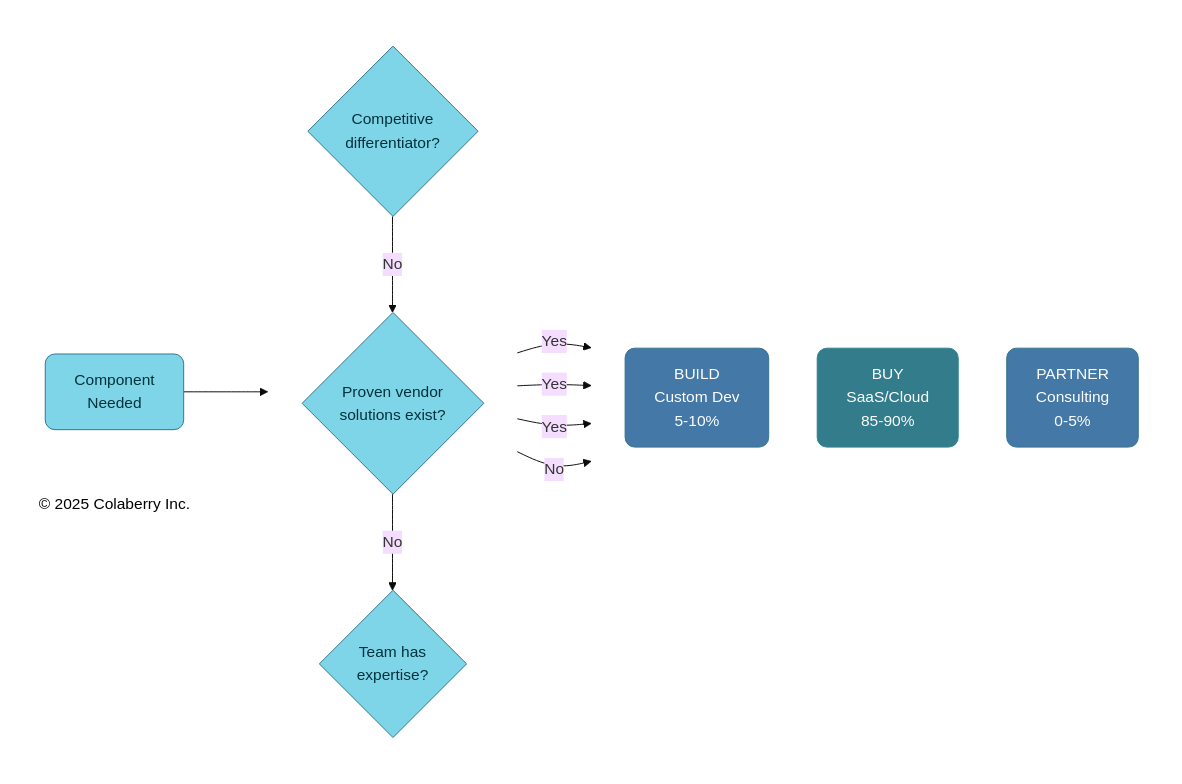
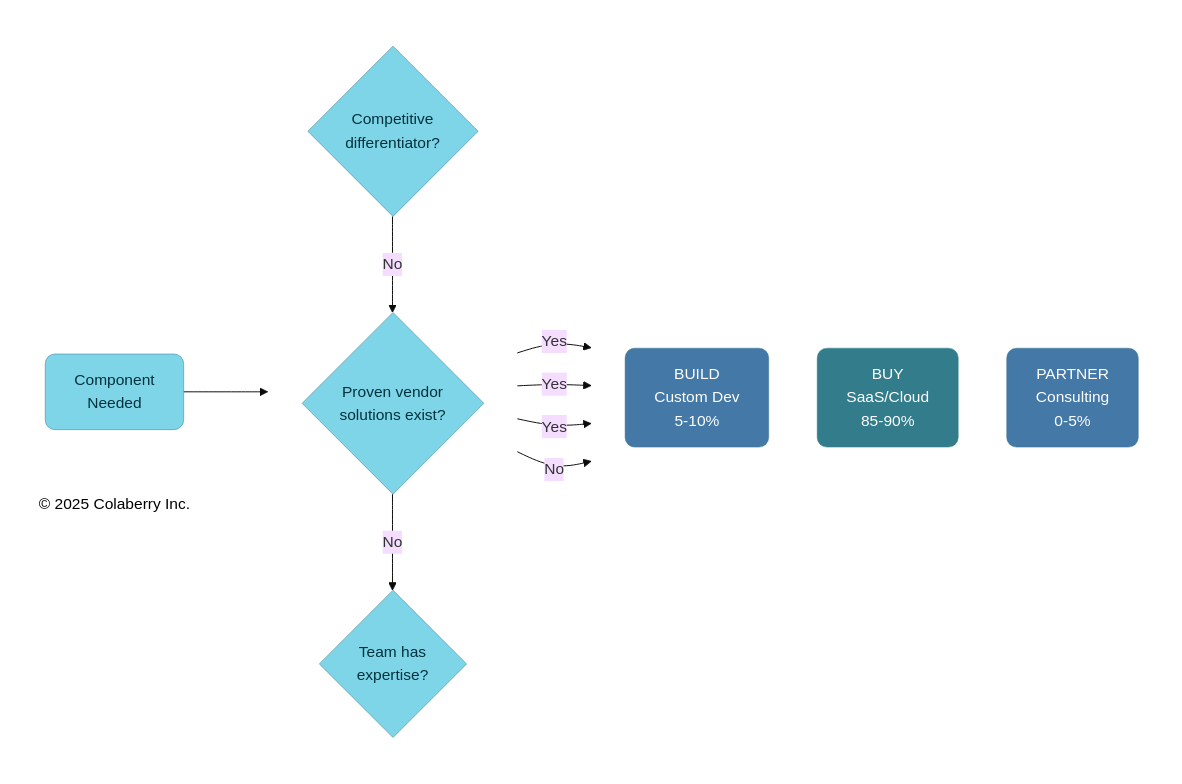
The third of 5 diagrams in manuscript/12_chapter_11_technology_selection_guide_v1_2.md (saitejesh-cyber/trust-before-intelligence-book), drawn with Mermaid (base theme) before and after one commit. The commit also changed other lines of this file and 12 other files, not shown here.

Commit message:
Update stroke width to 0.5px instead of 1px to all the diagrams

````diff
--- a/manuscript/12_chapter_11_technology_selection_guide_v1_2.md
+++ b/manuscript/12_chapter_11_technology_selection_guide_v1_2.md
@@ -231,41 +231,41 @@
 ```mermaid
 
 graph LR
     START["Component<br/>Needed"]
     
     subgraph DECISIONS[" "]
         direction TB
         Q1{"Competitive<br/>differentiator?"}
         Q2{"Proven vendor<br/>solutions exist?"}
         Q3{"Team has<br/>expertise?"}
     end
     
     subgraph OUTCOMES[" "]
         direction TB
         BUILD["BUILD<br/>Custom Dev<br/>5-10%"]
         BUY["BUY<br/>SaaS/Cloud<br/>85-90%"]
         PARTNER["PARTNER<br/>Consulting<br/>0-5%"]
     end
     
     Copyright["© 2025 Colaberry Inc."]
     
     START --> Q1
     Q1 -->|"Yes"| BUILD
     Q1 -->|"No"| Q2
     Q2 -->|"Yes"| BUY
     Q2 -->|"No"| Q3
     Q3 -->|"Yes"| BUILD
     Q3 -->|"No"| PARTNER
     
     style DECISIONS fill:none,stroke:none
     style OUTCOMES fill:none,stroke:none
-    style START fill:#7FD5E8,stroke:#32738C,stroke-width:1px,color:#00323D,rx:10,ry:10
-    style Q1 fill:#7FD5E8,stroke:#32738C,stroke-width:1px,color:#00323D,rx:10,ry:10
-    style Q2 fill:#7FD5E8,stroke:#32738C,stroke-width:1px,color:#00323D,rx:10,ry:10
-    style Q3 fill:#7FD5E8,stroke:#32738C,stroke-width:1px,color:#00323D,rx:10,ry:10
-    style BUILD fill:#4478A6,stroke:#32738C,stroke-width:1px,color:#ffffff,rx:10,ry:10
-    style BUY fill:#327C8C,stroke:#30838C,stroke-width:1px,color:#ffffff,rx:10,ry:10
-    style PARTNER fill:#4478A6,stroke:#32738C,stroke-width:1px,color:#ffffff,rx:10,ry:10
+    style START fill:#7FD5E8,stroke:#32738C,stroke-width:0.5px,color:#00323D,rx:10,ry:10
+    style Q1 fill:#7FD5E8,stroke:#32738C,stroke-width:0.5px,color:#00323D,rx:10,ry:10
+    style Q2 fill:#7FD5E8,stroke:#32738C,stroke-width:0.5px,color:#00323D,rx:10,ry:10
+    style Q3 fill:#7FD5E8,stroke:#32738C,stroke-width:0.5px,color:#00323D,rx:10,ry:10
+    style BUILD fill:#4478A6,stroke:#32738C,stroke-width:0.5px,color:#ffffff,rx:10,ry:10
+    style BUY fill:#327C8C,stroke:#30838C,stroke-width:0.5px,color:#ffffff,rx:10,ry:10
+    style PARTNER fill:#4478A6,stroke:#32738C,stroke-width:0.5px,color:#ffffff,rx:10,ry:10
     style Copyright fill:none,stroke:none,color:#000000
 
 ```
````
